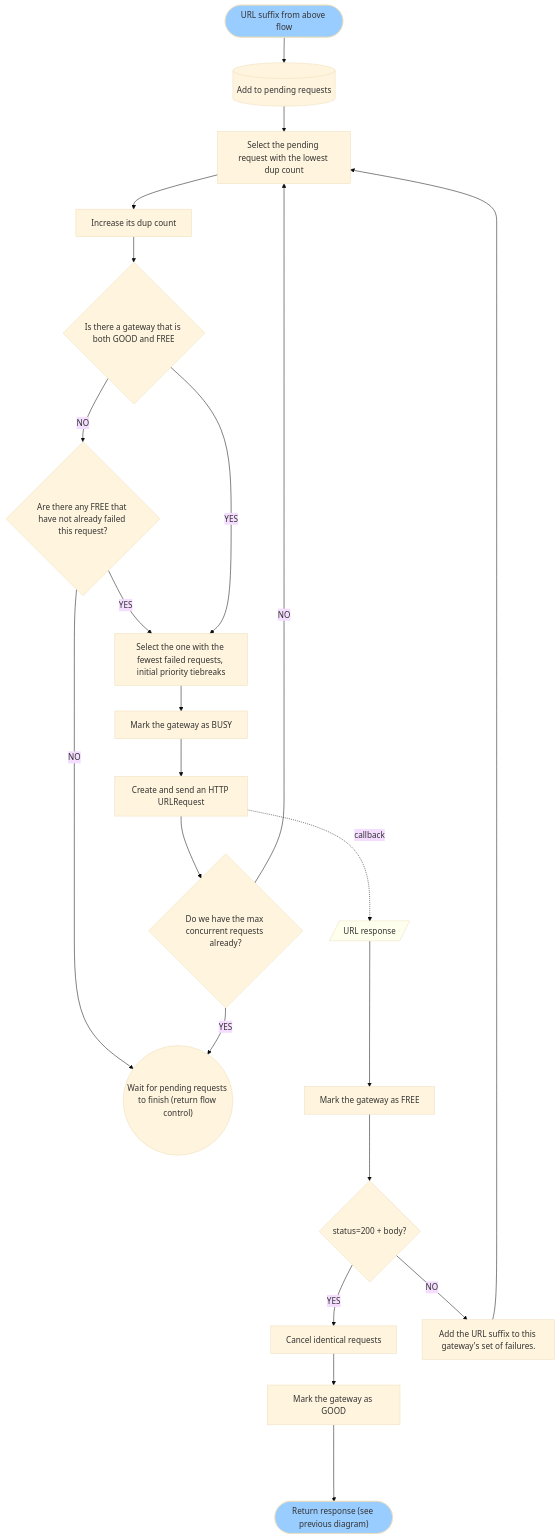
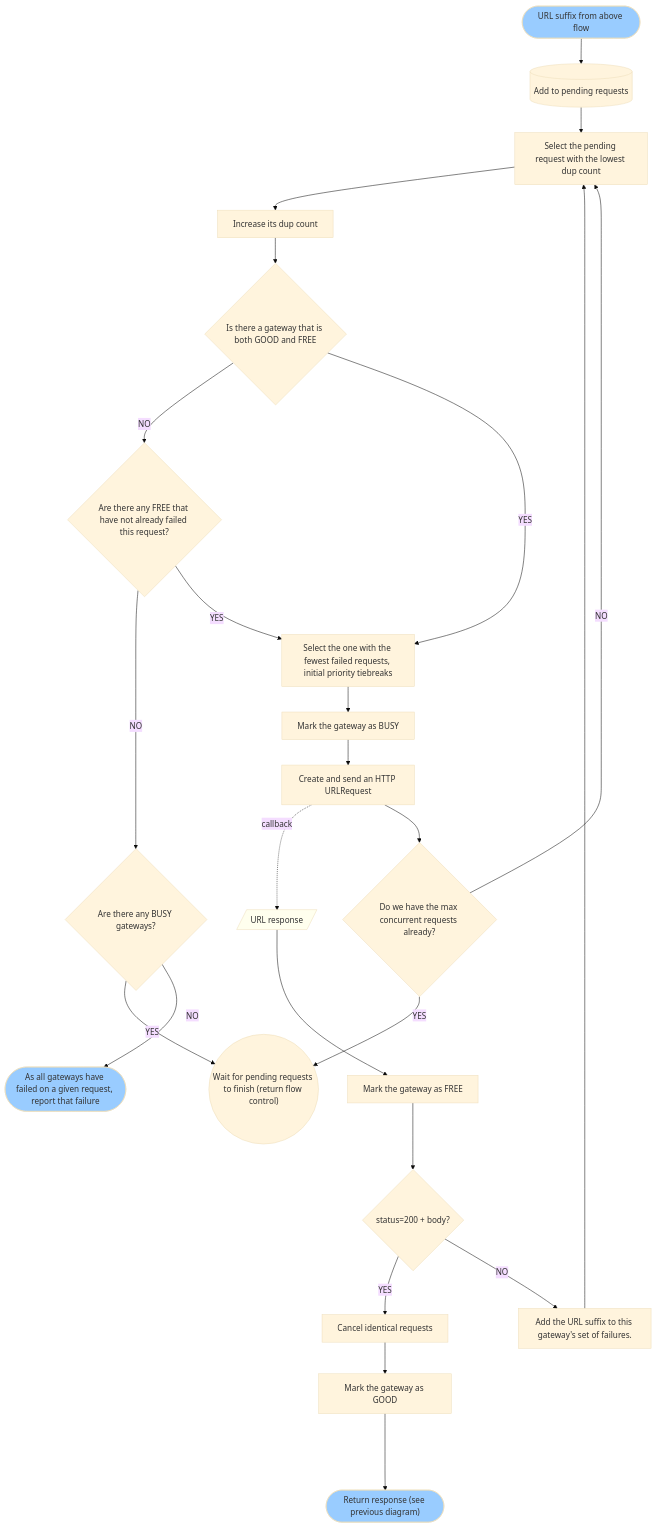
Before and after one commit to little-bear-labs/ipfs-chromium: the second of 2 diagrams in README.md, drawn with Mermaid (base theme).

Commit message:
squash! Gateway Request
checkpoint

````diff
--- a/README.md
+++ b/README.md
@@ -88,19 +88,21 @@
 ```mermaid
 graph TD;
     start(["URL suffix from above flow"]) --> add[("Add to pending requests")]
     style start fill:#9CF
     add --> selreq["Select the pending request with the lowest dup count"] --> incdup["Increase its dup count"] 
     incdup --> goodfree{"Is there a gateway that is both GOOD and FREE"} --NO--> badfree{"Are there any FREE that have not already failed this request?"} 
-    badfree --NO--> wait(("Wait for pending requests to finish (return flow control)"))
+    badfree --NO--> anybusy{"Are there any BUSY gateways?"} --YES--> wait(("Wait for pending requests to finish (return flow control)"))
     badfree --YES--> selbf["Select the one with the fewest failed requests, initial priority tiebreaks"] --> mark_busy["Mark the gateway as BUSY"]
     goodfree --YES--> selbf
     mark_busy --> send["Create and send an HTTP URLRequest"]
     send -.callback.-> resp
     send --> conc{"Do we have the max concurrent requests already?"} --NO--> selreq
     conc --YES--> wait
     resp[/"URL response"/] --> markfree["Mark the gateway as FREE"] --> success{"status=200 + body?"} 
     style resp fill:#FFE
     success --YES--> cancel["Cancel identical requests"] --> markgood["Mark the gateway as GOOD"] ----> successed(["Return response (see previous diagram)"])
     style successed fill:#9CF
     success --NO--> addbad["Add the URL suffix to this gateway's set of failures."] --> selreq
-```
+    anybusy --NO--> all_failed(["As all gateways have failed on a given request, report that failure"])
+    style all_failed fill:#9CF
+ ```
````
